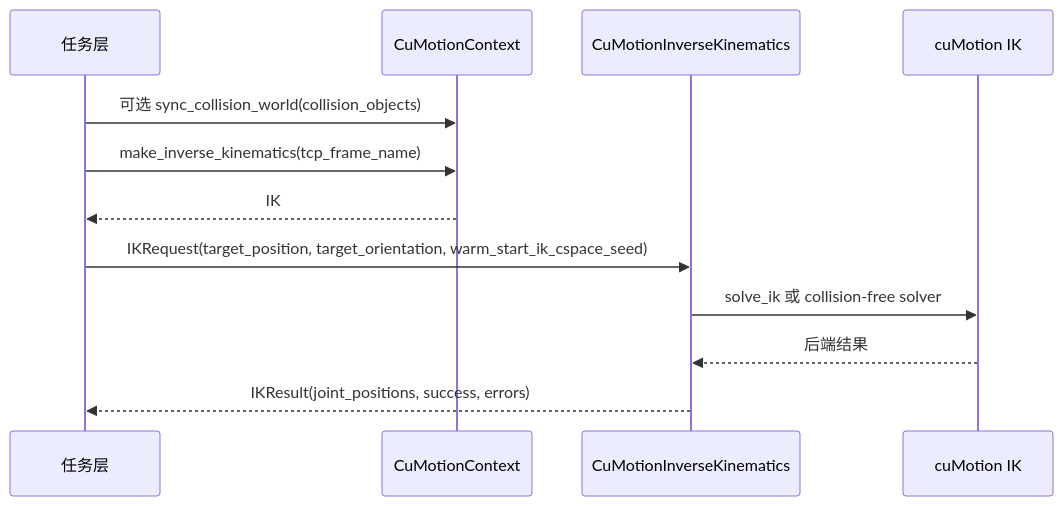
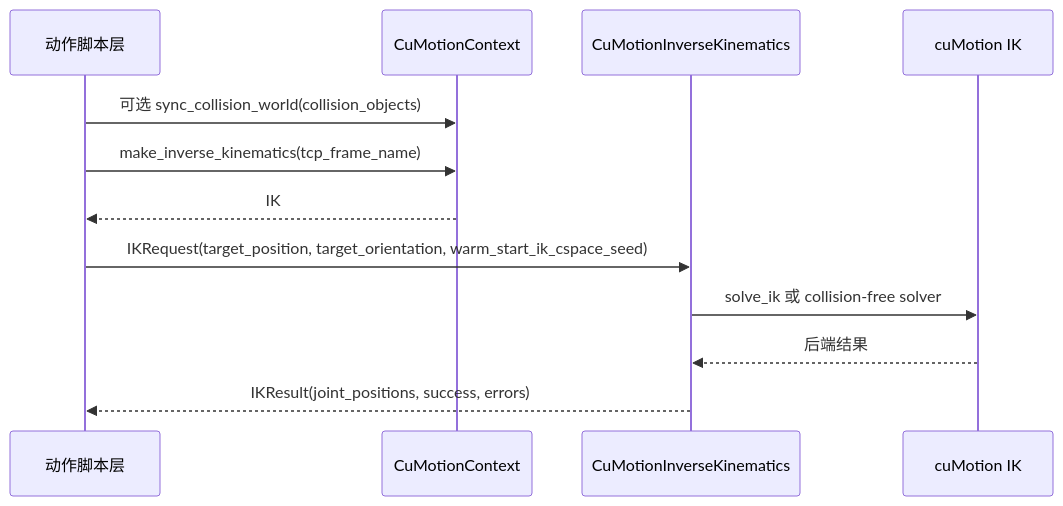
The third of 3 diagrams in docs/cumotion_interface.md (linker-bot/linker-sim-isaac), drawn with Mermaid before and after one commit. The commit also changed other lines of this file and 56 other files, not shown here.

````diff
--- a/docs/cumotion_interface.md
+++ b/docs/cumotion_interface.md
@@ -584,15 +584,15 @@
 ```mermaid
 sequenceDiagram
-    participant Task as 任务层
+    participant Task as 动作脚本层
     participant Ctx as CuMotionContext
     participant IK as CuMotionInverseKinematics
     participant Cu as cuMotion IK
 
     Task->>Ctx: 可选 sync_collision_world(collision_objects)
     Task->>Ctx: make_inverse_kinematics(tcp_frame_name)
     Ctx-->>Task: IK
     Task->>IK: IKRequest(target_position, target_orientation, warm_start_ik_cspace_seed)
     IK->>Cu: solve_ik 或 collision-free solver
     Cu-->>IK: 后端结果
     IK-->>Task: IKResult(joint_positions, success, errors)
 ```
````
